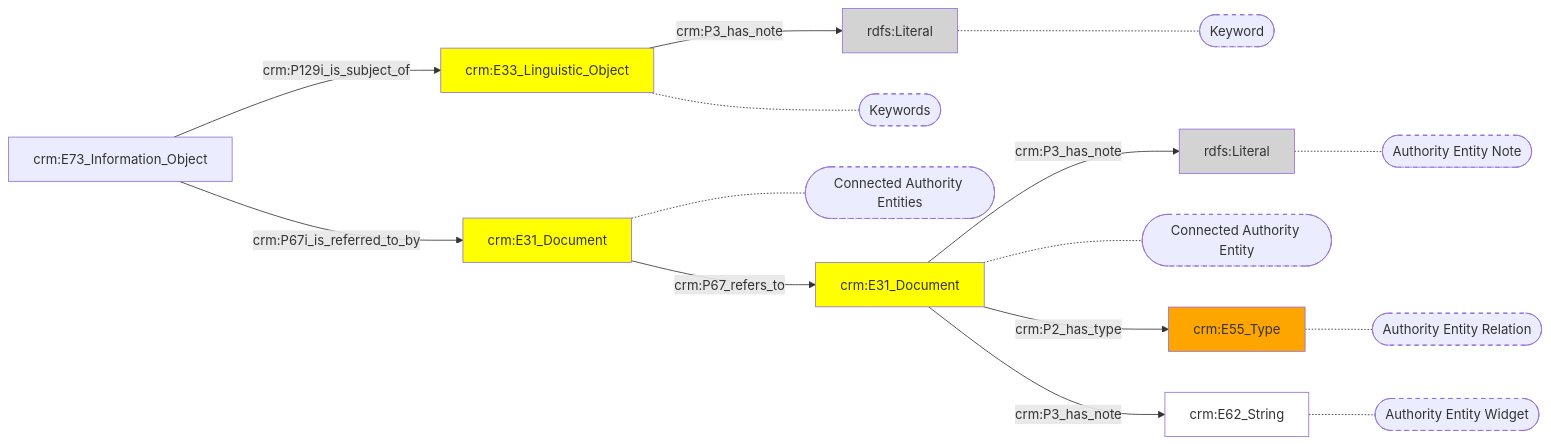
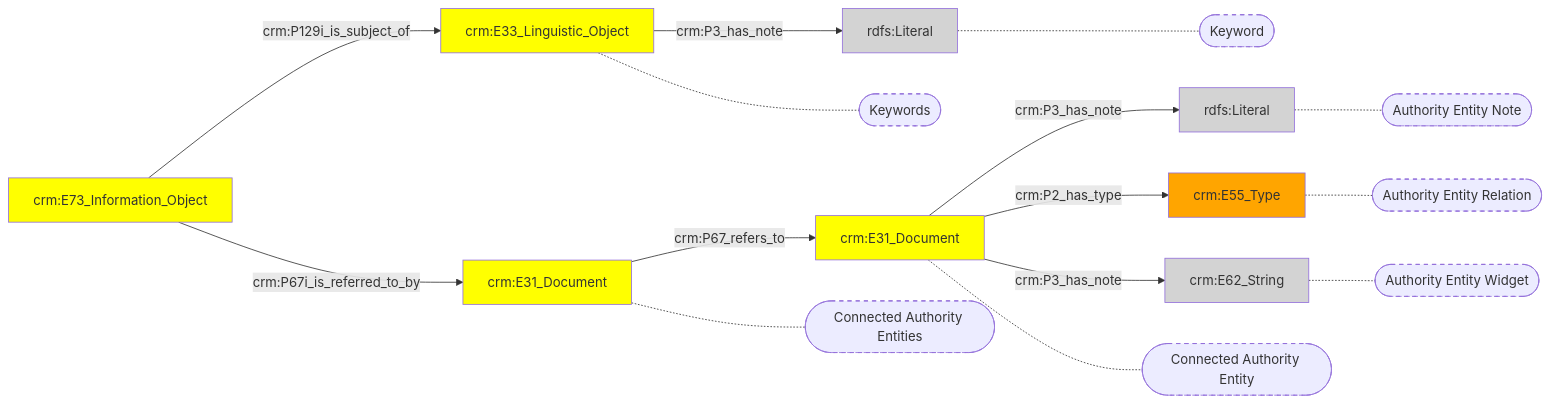
One commit to digipolisantwerpdocumentation/antwerp-cultureel-erfgoed changed the diagram in docs/content/modellen/ArchiefItemImmaterieel/Verwijzingen.md. Above: the diagram before and after it, drawn with Mermaid. The commit also changed 32 other files, not shown here.

````diff
--- a/docs/content/modellen/ArchiefItemImmaterieel/Verwijzingen.md
+++ b/docs/content/modellen/ArchiefItemImmaterieel/Verwijzingen.md
@@ -1,31 +1,32 @@
 ```mermaid
 graph LR
 2f625068-a5fe-11ec-b19f-9cf387da2c40["crm:E33_Linguistic_Object"]-->|"crm:P3_has_note"|2f6366e2-a5fe-11ec-b19f-9cf387da2c40(rdfs:Literal)
 2f636b1a-a5fe-11ec-b19f-9cf387da2c40["crm:E31_Document"]-->|"crm:P3_has_note"|2f636444-a5fe-11ec-b19f-9cf387da2c40(rdfs:Literal)
+2f62327c-a5fe-11ec-b19f-9cf387da2c40["crm:E31_Document"]-->|"crm:P67_refers_to"|2f636b1a-a5fe-11ec-b19f-9cf387da2c40["crm:E31_Document"]
+2f636b1a-a5fe-11ec-b19f-9cf387da2c40["crm:E31_Document"]-->|"crm:P2_has_type"|2f636a48-a5fe-11ec-b19f-9cf387da2c40["crm:E55_Type"]
+2f636b1a-a5fe-11ec-b19f-9cf387da2c40["crm:E31_Document"]-->|"crm:P3_has_note"|2f636502-a5fe-11ec-b19f-9cf387da2c40["crm:E62_String"]
+2f63ae40-a5fe-11ec-b19f-9cf387da2c40["crm:E73_Information_Object"]-->|"crm:P129i_is_subject_of"|2f625068-a5fe-11ec-b19f-9cf387da2c40["crm:E33_Linguistic_Object"]
+2f63ae40-a5fe-11ec-b19f-9cf387da2c40["crm:E73_Information_Object"]-->|"crm:P67i_is_referred_to_by"|2f62327c-a5fe-11ec-b19f-9cf387da2c40["crm:E31_Document"]
 2f636b1a-a5fe-11ec-b19f-9cf387da2c40["crm:E31_Document"]-.-2f636b1a-a5fe-11ec-b19f-9cf387da2c40_s(["Connected Authority Entity"])
 2f6366e2-a5fe-11ec-b19f-9cf387da2c40["rdfs:Literal"]-.-2f6366e2-a5fe-11ec-b19f-9cf387da2c40_s(["Keyword"])
 2f636a48-a5fe-11ec-b19f-9cf387da2c40["crm:E55_Type"]-.-2f636a48-a5fe-11ec-b19f-9cf387da2c40_s(["Authority Entity Relation"])
 2f636444-a5fe-11ec-b19f-9cf387da2c40["rdfs:Literal"]-.-2f636444-a5fe-11ec-b19f-9cf387da2c40_s(["Authority Entity Note"])
 2f636502-a5fe-11ec-b19f-9cf387da2c40["crm:E62_String"]-.-2f636502-a5fe-11ec-b19f-9cf387da2c40_s(["Authority Entity Widget"])
 2f625068-a5fe-11ec-b19f-9cf387da2c40["crm:E33_Linguistic_Object"]-.-2f625068-a5fe-11ec-b19f-9cf387da2c40_s(["Keywords"])
 2f62327c-a5fe-11ec-b19f-9cf387da2c40["crm:E31_Document"]-.-2f62327c-a5fe-11ec-b19f-9cf387da2c40_s(["Connected Authority Entities"])
-2f62327c-a5fe-11ec-b19f-9cf387da2c40["crm:E31_Document"]-->|"crm:P67_refers_to"|2f636b1a-a5fe-11ec-b19f-9cf387da2c40["crm:E31_Document"]
-2f636b1a-a5fe-11ec-b19f-9cf387da2c40["crm:E31_Document"]-->|"crm:P2_has_type"|2f636a48-a5fe-11ec-b19f-9cf387da2c40["crm:E55_Type"]
-2f636b1a-a5fe-11ec-b19f-9cf387da2c40["crm:E31_Document"]-->|"crm:P3_has_note"|2f636502-a5fe-11ec-b19f-9cf387da2c40["crm:E62_String"]
-2f63ae40-a5fe-11ec-b19f-9cf387da2c40["crm:E73_Information_Object"]-->|"crm:P129i_is_subject_of"|2f625068-a5fe-11ec-b19f-9cf387da2c40["crm:E33_Linguistic_Object"]
-2f63ae40-a5fe-11ec-b19f-9cf387da2c40["crm:E73_Information_Object"]-->|"crm:P67i_is_referred_to_by"|2f62327c-a5fe-11ec-b19f-9cf387da2c40["crm:E31_Document"]
-style 2f62327c-a5fe-11ec-b19f-9cf387da2c40 fill:#ffff00
-style 2f625068-a5fe-11ec-b19f-9cf387da2c40 fill:#ffff00
-style 2f636444-a5fe-11ec-b19f-9cf387da2c40 fill:#D3D3D3
-style 2f636502-a5fe-11ec-b19f-9cf387da2c40 fill:#ffffff
-style 2f6366e2-a5fe-11ec-b19f-9cf387da2c40 fill:#D3D3D3
-style 2f636a48-a5fe-11ec-b19f-9cf387da2c40 fill:#ffa500
-style 2f636b1a-a5fe-11ec-b19f-9cf387da2c40 fill:#ffff00
 style 2f636b1a-a5fe-11ec-b19f-9cf387da2c40_s stroke-dasharray: 5
 style 2f6366e2-a5fe-11ec-b19f-9cf387da2c40_s stroke-dasharray: 5
 style 2f636a48-a5fe-11ec-b19f-9cf387da2c40_s stroke-dasharray: 5
 style 2f636444-a5fe-11ec-b19f-9cf387da2c40_s stroke-dasharray: 5
 style 2f636502-a5fe-11ec-b19f-9cf387da2c40_s stroke-dasharray: 5
 style 2f625068-a5fe-11ec-b19f-9cf387da2c40_s stroke-dasharray: 5
 style 2f62327c-a5fe-11ec-b19f-9cf387da2c40_s stroke-dasharray: 5
+style 2f62327c-a5fe-11ec-b19f-9cf387da2c40 fill:#ffff00
+style 2f625068-a5fe-11ec-b19f-9cf387da2c40 fill:#ffff00
+style 2f636444-a5fe-11ec-b19f-9cf387da2c40 fill:#D3D3D3
+style 2f636502-a5fe-11ec-b19f-9cf387da2c40 fill:#D3D3D3
+style 2f6366e2-a5fe-11ec-b19f-9cf387da2c40 fill:#D3D3D3
+style 2f636a48-a5fe-11ec-b19f-9cf387da2c40 fill:#ffa500
+style 2f636b1a-a5fe-11ec-b19f-9cf387da2c40 fill:#ffff00
+style 2f63ae40-a5fe-11ec-b19f-9cf387da2c40 fill:#ffff00
 ```
````
